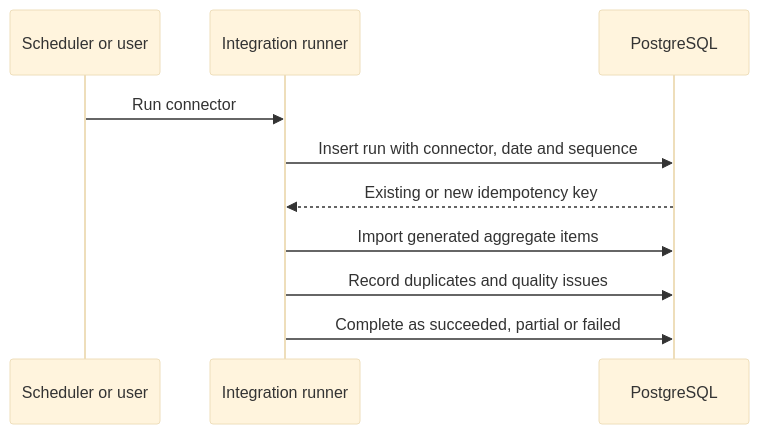
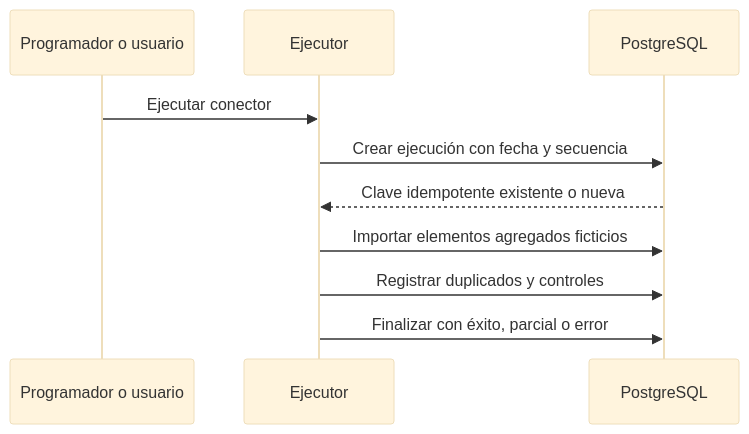
Before and after one commit to antoniojesusdelgado/management-platform-demo: the eighth of 9 diagrams in docs/TECHNICAL-CASE-STUDY.md, drawn with Mermaid (base theme). The commit also changed other lines of this file and 34 other files, not shown here.

````diff
--- a/docs/TECHNICAL-CASE-STUDY.md
+++ b/docs/TECHNICAL-CASE-STUDY.md
@@ -193,12 +210,12 @@
 ```mermaid
 sequenceDiagram
-  participant C as Scheduler or user
-  participant R as Integration runner
+  participant C as Programador o usuario
+  participant R as Ejecutor
   participant DB as PostgreSQL
-  C->>R: Run connector
-  R->>DB: Insert run with connector, date and sequence
-  DB-->>R: Existing or new idempotency key
-  R->>DB: Import generated aggregate items
-  R->>DB: Record duplicates and quality issues
-  R->>DB: Complete as succeeded, partial or failed
+  C->>R: Ejecutar conector
+  R->>DB: Crear ejecución con fecha y secuencia
+  DB-->>R: Clave idempotente existente o nueva
+  R->>DB: Importar elementos agregados ficticios
+  R->>DB: Registrar duplicados y controles
+  R->>DB: Finalizar con éxito, parcial o error
 ```
````
